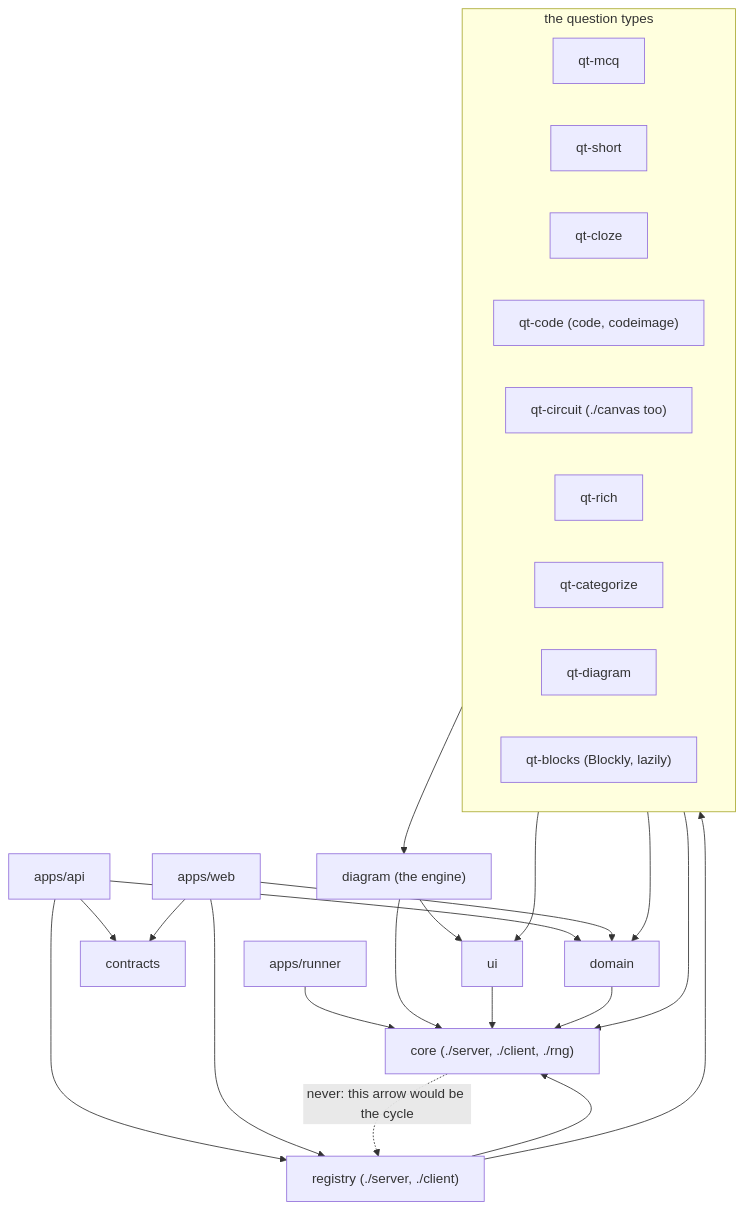
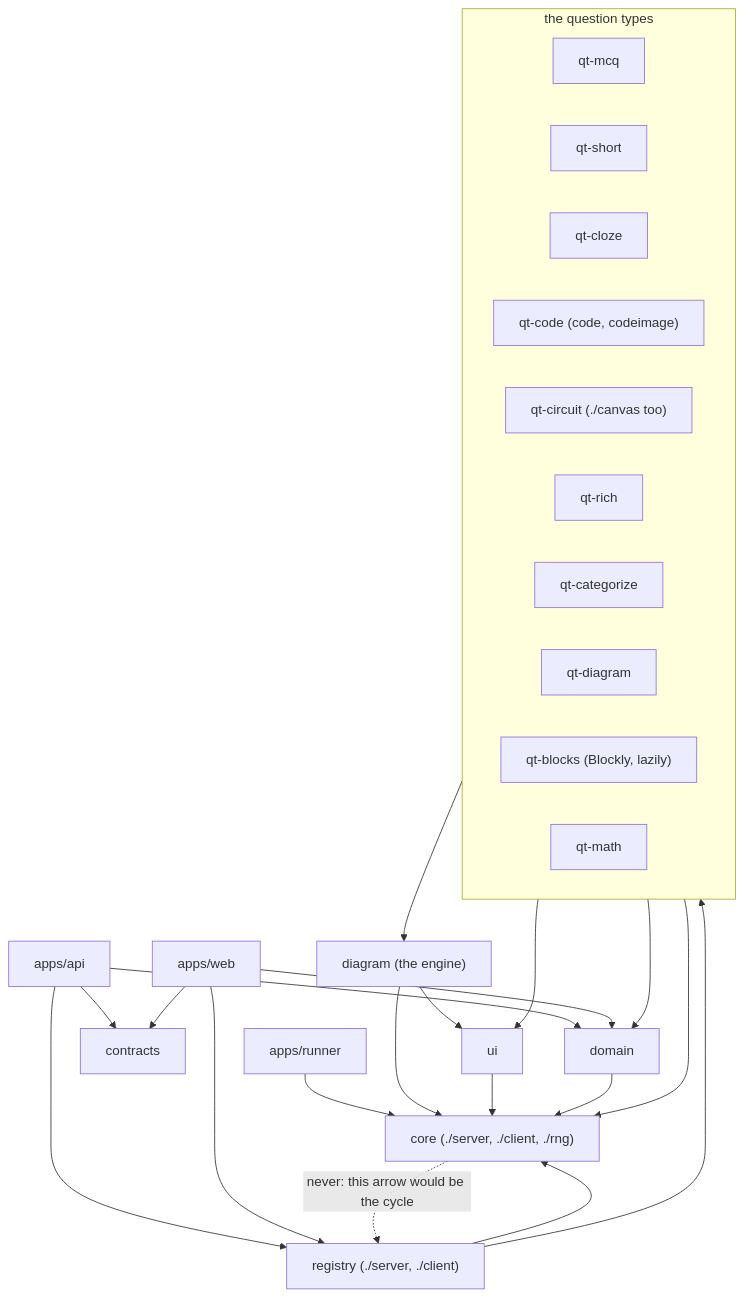
Before and after one commit to heig-tin-info/heig-quiz: the second of 8 diagrams in docs/development/architecture.md, drawn with Mermaid. The commit also changed other lines of this file and 3 other files, not shown here.

````diff
--- a/docs/development/architecture.md
+++ b/docs/development/architecture.md
@@ -59,42 +59,43 @@
 ```mermaid
 flowchart TB
   API["apps/api"]
   WEB["apps/web"]
   RUNNER["apps/runner"]
   REG["registry (./server, ./client)"]
   CON["contracts"]
   DOM["domain"]
   CORE["core (./server, ./client, ./rng)"]
   UI["ui"]
   subgraph QT["the question types"]
     direction LR
     MCQ["qt-mcq"]
     SHORT["qt-short"]
     CLOZE["qt-cloze"]
     CODE["qt-code (code, codeimage)"]
     CIRCUIT["qt-circuit (./canvas too)"]
     RICH["qt-rich"]
     CATEGORIZE["qt-categorize"]
     DIAGRAMQT["qt-diagram"]
     BLOCKS["qt-blocks (Blockly, lazily)"]
+    MATH["qt-math"]
   end
   DIAGRAM["diagram (the engine)"]
   API --> CON
   API --> REG
   API --> DOM
   WEB --> CON
   WEB --> REG
   WEB --> DOM
   RUNNER --> CORE
   REG --> QT
   REG --> CORE
   QT --> DOM
   QT --> UI
   QT --> CORE
   DIAGRAMQT --> DIAGRAM
   DIAGRAM --> UI
   DIAGRAM --> CORE
   UI --> CORE
   DOM --> CORE
   CORE -. "never: this arrow would be the cycle" .-> REG
 ```
````
